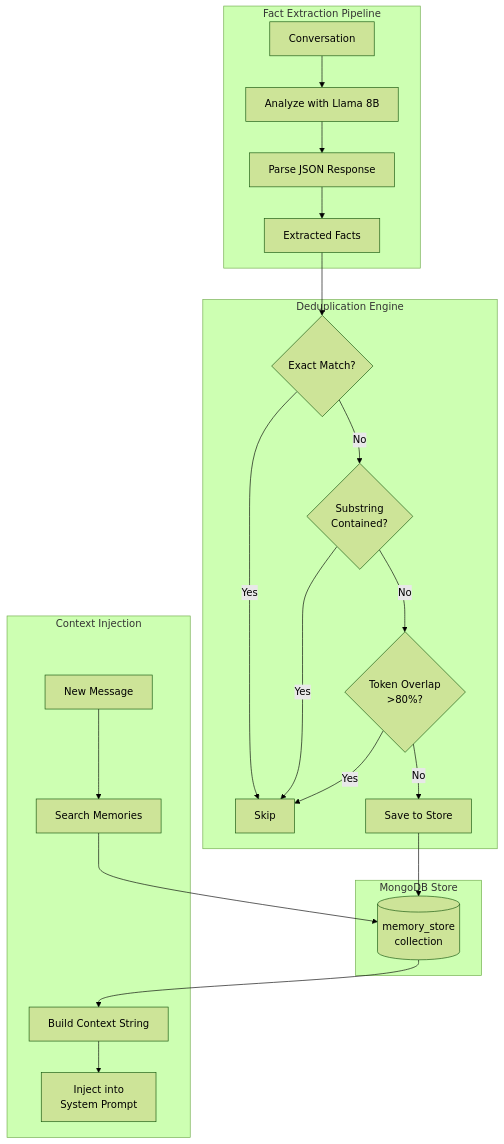
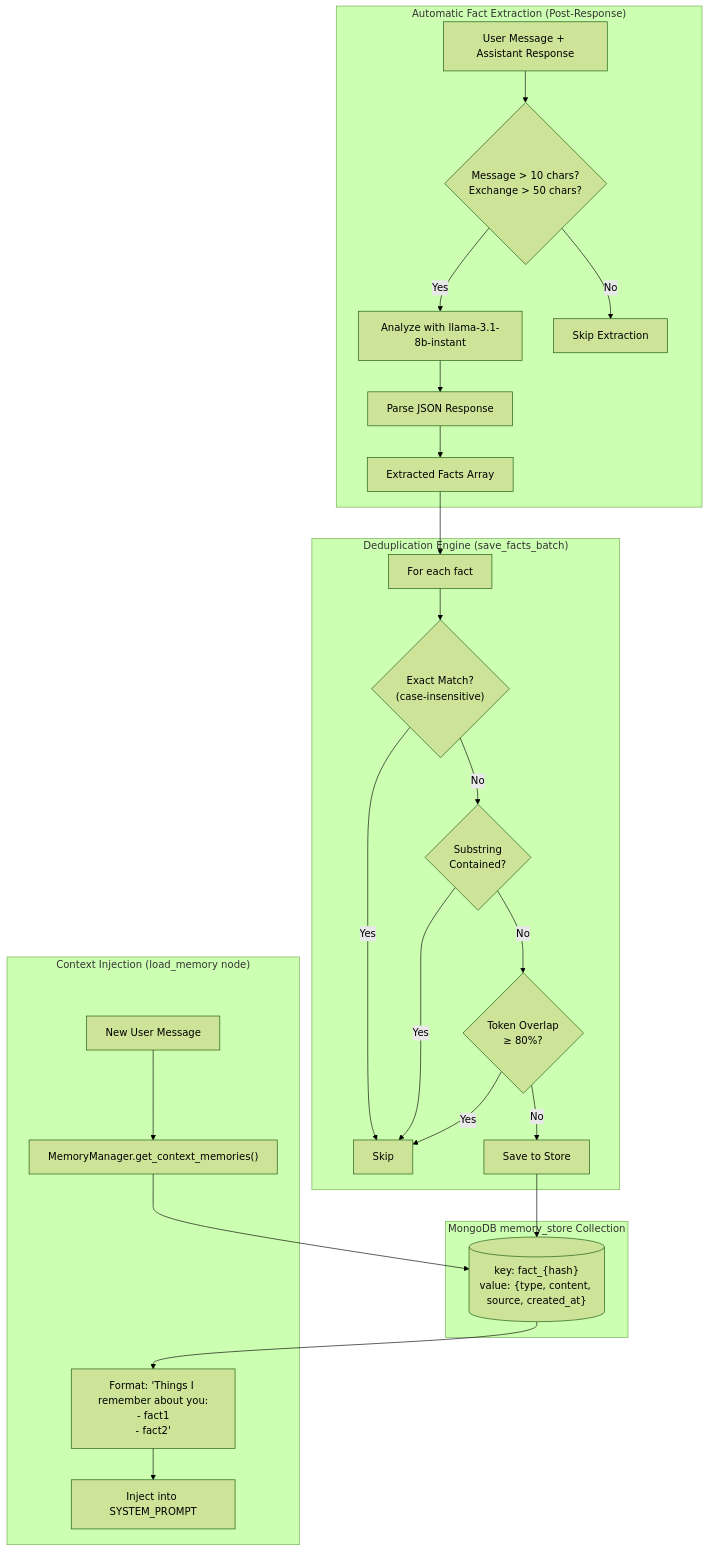
One commit to Aafimalek/t3_chat changed the seventh of 7 diagrams in README.md. Above: the diagram before and after it, drawn with Mermaid (forest theme). The commit also changed other lines of this file and 1 other file, not shown here.

````diff
--- a/README.md
+++ b/README.md
@@ -488,29 +589,32 @@
 ```mermaid
 flowchart TB
-    subgraph Extraction["Fact Extraction Pipeline"]
-        Conv["Conversation"] --> Analyze["Analyze with Llama 8B"]
+    subgraph Extraction["Automatic Fact Extraction (Post-Response)"]
+        Conv["User Message + Assistant Response"] --> CheckLength{"Message > 10 chars?<br/>Exchange > 50 chars?"}
+        CheckLength -->|Yes| Analyze["Analyze with llama-3.1-8b-instant"]
+        CheckLength -->|No| Skip1["Skip Extraction"]
         Analyze --> Parse["Parse JSON Response"]
-        Parse --> Facts["Extracted Facts"]
+        Parse --> Facts["Extracted Facts Array"]
     end
 
-    subgraph Dedup["Deduplication Engine"]
-        Facts --> Check1{"Exact Match?"}
-        Check1 -->|Yes| Skip["Skip"]
+    subgraph Dedup["Deduplication Engine (save_facts_batch)"]
+        Facts --> Loop["For each fact"]
+        Loop --> Check1{"Exact Match?<br/>(case-insensitive)"}
+        Check1 -->|Yes| Skip2["Skip"]
         Check1 -->|No| Check2{"Substring<br/>Contained?"}
-        Check2 -->|Yes| Skip
-        Check2 -->|No| Check3{"Token Overlap<br/>>80%?"}
-        Check3 -->|Yes| Skip
+        Check2 -->|Yes| Skip2
+        Check2 -->|No| Check3{"Token Overlap<br/>≥ 80%?"}
+        Check3 -->|Yes| Skip2
         Check3 -->|No| Save["Save to Store"]
     end
 
-    subgraph Store["MongoDB Store"]
-        Save --> MemStore[("memory_store<br/>collection")]
+    subgraph Store["MongoDB memory_store Collection"]
+        Save --> MemStore[("key: fact_{hash}<br/>value: {type, content, source, created_at}")]
     end
 
-    subgraph Usage["Context Injection"]
-        Query["New Message"] --> Search["Search Memories"]
-        Search --> MemStore
-        MemStore --> Context["Build Context String"]
-        Context --> SystemPrompt["Inject into<br/>System Prompt"]
+    subgraph Usage["Context Injection (load_memory node)"]
+        Query["New User Message"] --> GetMem["MemoryManager.get_context_memories()"]
+        GetMem --> MemStore
+        MemStore --> Format["Format: 'Things I remember about you:\n- fact1\n- fact2'"]
+        Format --> Inject["Inject into SYSTEM_PROMPT"]
     end
 ```
````
